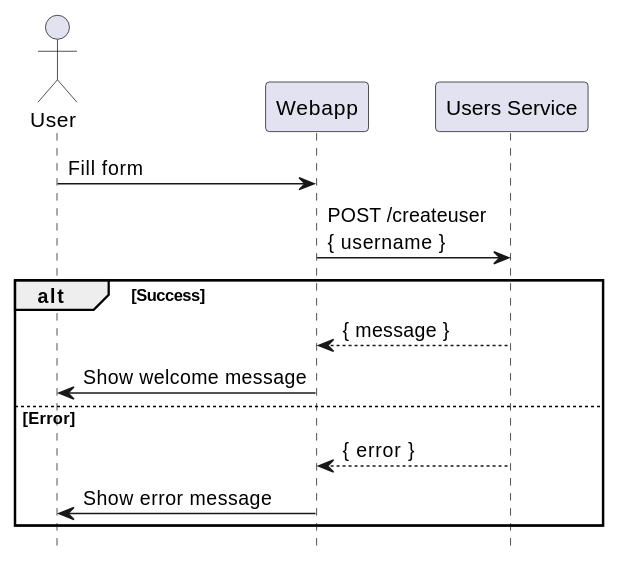
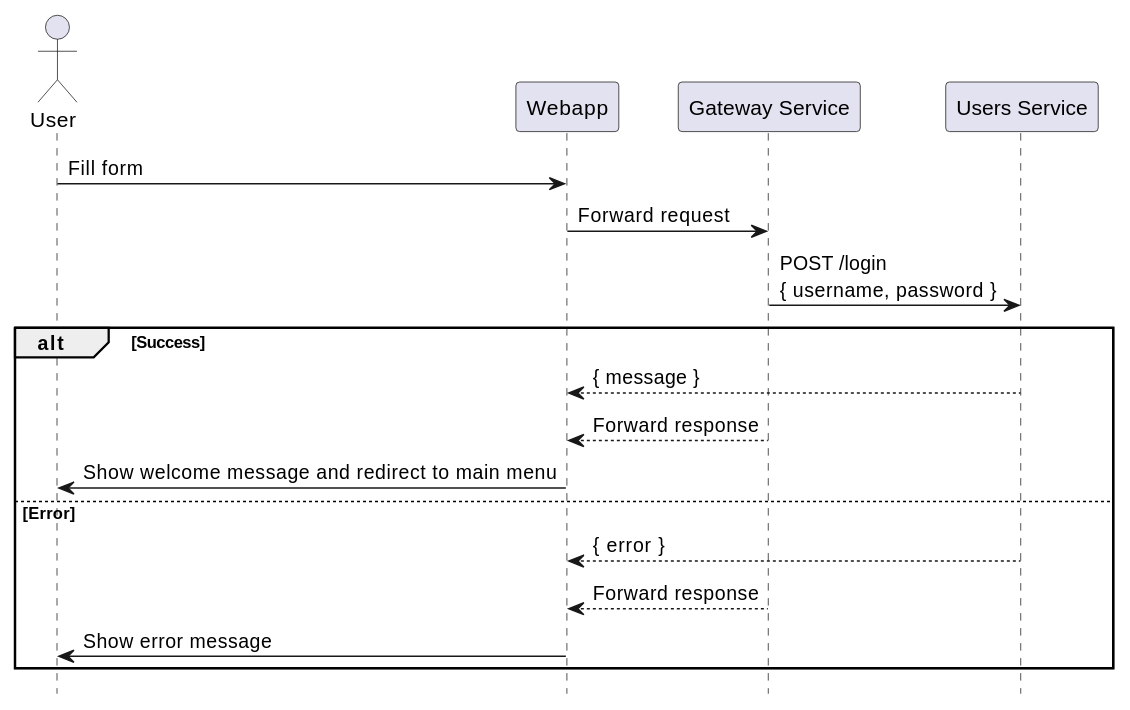
The second of 3 diagrams in docs/src/06_runtime_view.adoc (Arquisoft/yovi_en3a), drawn with PlantUML before and after one commit. The commit also changed other lines of this file, not shown here.

Commit message:
Documentation Section 6: added login diagram and gateway to registration diagram

```diff
--- a/docs/src/06_runtime_view.adoc
+++ b/docs/src/06_runtime_view.adoc
@@ -46,19 +75,23 @@
 [plantuml,"Sequence diagram - Login ",png]
 ----
 hide footbox
 
 actor User
 participant "Webapp" as Webapp
+participant "Gateway Service" as Gateway
 participant "Users Service" as Service
 
 User -> Webapp : Fill form
-Webapp -> Service : POST /createuser\n{ username }
+Webapp -> Gateway : Forward request
+Gateway -> Service : POST /login\n{ username, password }
 
 alt Success
     Service --> Webapp : { message }
-    Webapp -> User : Show welcome message
+    Gateway --> Webapp : Forward response
+    Webapp -> User : Show welcome message and redirect to main menu
 else Error
     Service --> Webapp : { error }
+    Gateway --> Webapp : Forward response
     Webapp -> User : Show error message
 end
 ----
```
